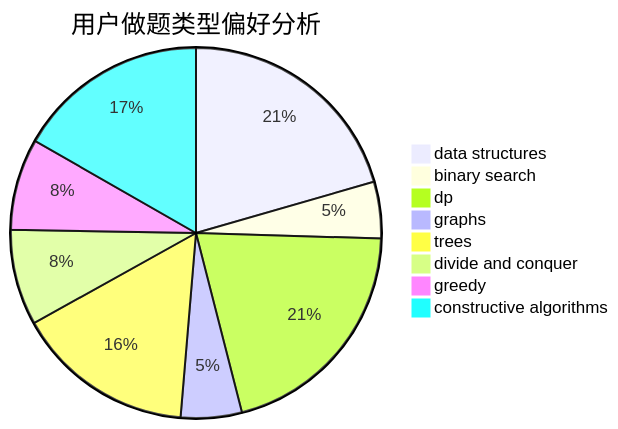
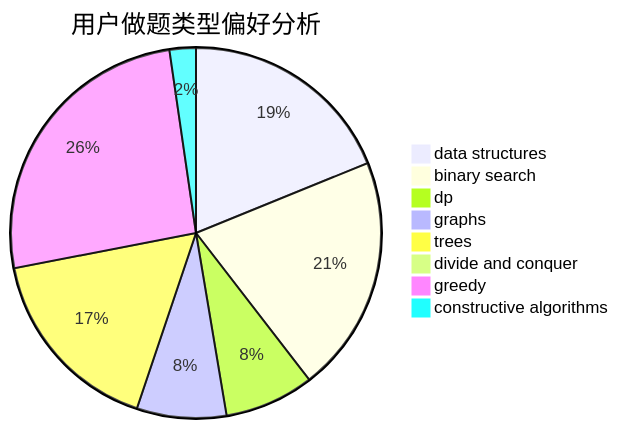
One commit to sherpahu/cfrs.github.io changed the second of 3 diagrams in docs/user/u2699.md. Above: the diagram before and after it, drawn with Mermaid. The commit also changed other lines of this file and 2770 other files, not shown here.

````diff
--- a/docs/user/u2699.md
+++ b/docs/user/u2699.md
@@ -23,11 +23,11 @@
 ```mermaid
 pie title 用户做题类型偏好分析
-    "data structures" :  54
-    "binary search" :  13
-    "dp" :  54
-    "graphs" :  14
-    "trees" :  41
-    "divide and conquer" :  22
-    "greedy" :  21
-    "constructive algorithms" :  44
+    "data structures" :  82
+    "binary search" :  90
+    "dp" :  34
+    "graphs" :  34
+    "trees" :  73
+    "divide and conquer" :  1
+    "greedy" :  112
+    "constructive algorithms" :  10
 ```
````
